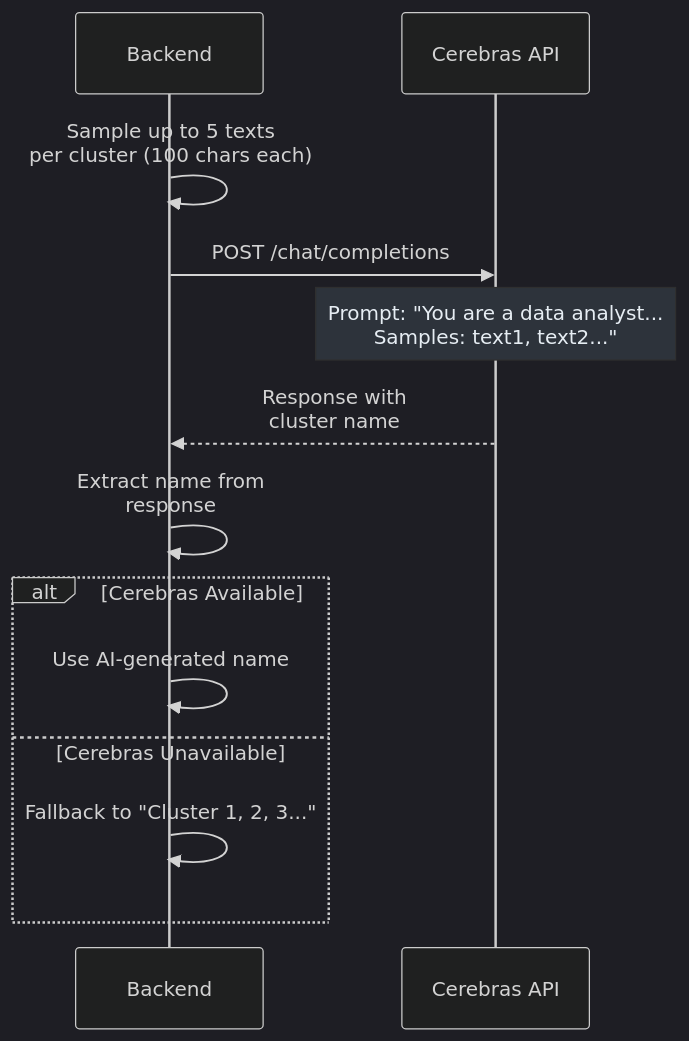
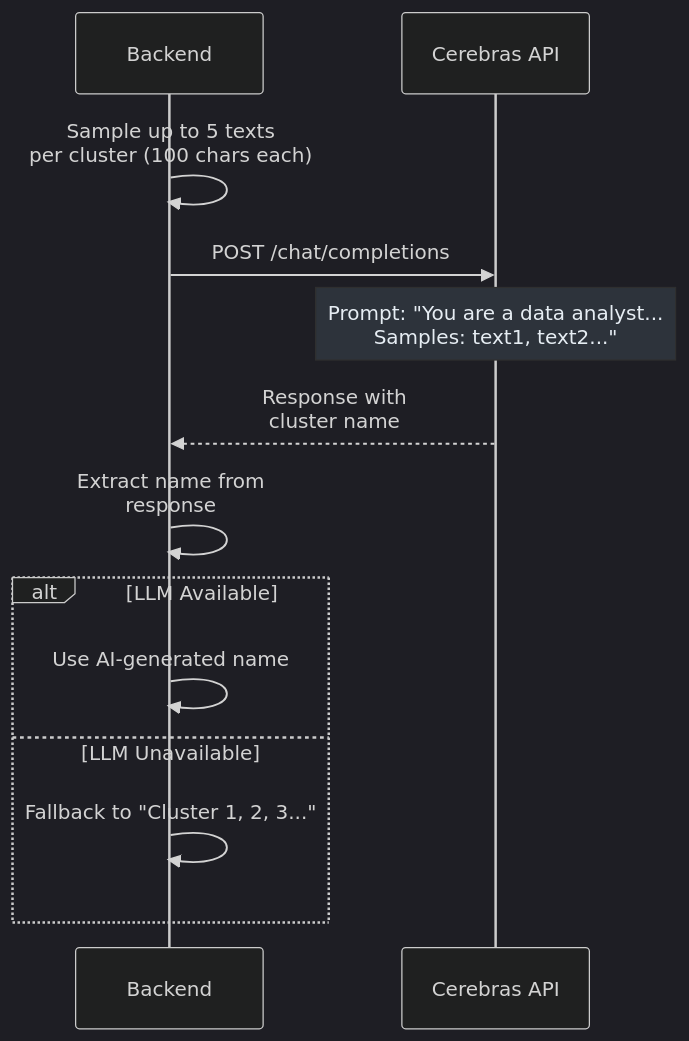
The seventh of 8 diagrams in README.md (Nicky9319/natural_language_clustering), drawn with Mermaid before and after one commit. The commit also changed other lines of this file and 12 other files, not shown here.

````diff
--- a/README.md
+++ b/README.md
@@ -253,17 +244,17 @@
 ```mermaid
 %%{init: {'theme': 'dark', 'themeVariables': { 'primaryColor': '#58a6ff', 'lineColor': '#8b949e', 'tertiaryColor': '#d29922', 'noteBkgColor': '#2d333b', 'noteTextColor': '#e6edf3' }} }%%
 sequenceDiagram
     participant BE as Backend
     participant Cerebras as Cerebras API
 
     BE->>BE: Sample up to 5 texts<br/>per cluster (100 chars each)
     BE->>Cerebras: POST /chat/completions
     Note over Cerebras: Prompt: "You are a data analyst...<br/>Samples: text1, text2..."
     Cerebras-->>BE: Response with<br/>cluster name
     BE->>BE: Extract name from<br/>response
-    alt Cerebras Available
+    alt LLM Available
         BE->>BE: Use AI-generated name
-    else Cerebras Unavailable
+    else LLM Unavailable
         BE->>BE: Fallback to "Cluster 1, 2, 3..."
     end
 ```
````
